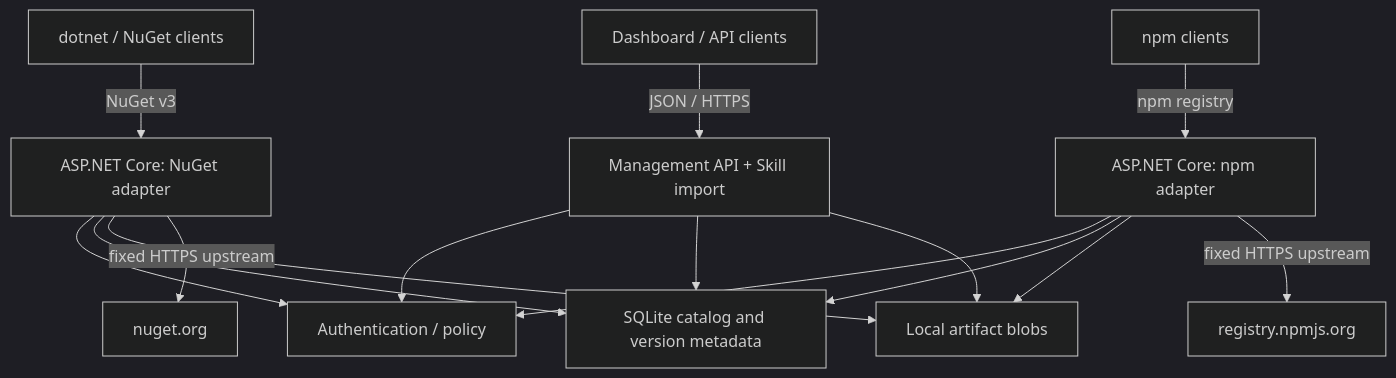
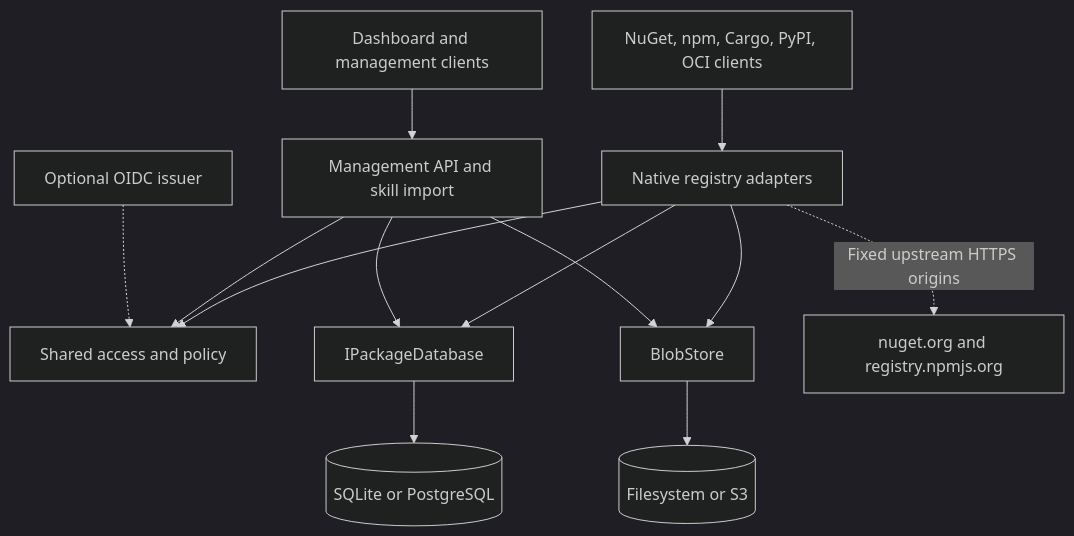
One commit to Cenn0/Packory changed the diagram in docs/architecture.md. Above: the diagram before and after it, drawn with Mermaid (dark theme). The commit also changed other lines of this file and 3 other files, not shown here.

````diff
--- a/docs/architecture.md
+++ b/docs/architecture.md
@@ -11,17 +11,15 @@
 ```mermaid
 flowchart TB
-  N[dotnet / NuGet clients] -->|NuGet v3| A[ASP.NET Core: NuGet adapter]
-  J[npm clients] -->|npm registry| B[ASP.NET Core: npm adapter]
-  D[Dashboard / API clients] -->|JSON / HTTPS| C[Management API + Skill import]
-  A --> R[Authentication / policy]
-  B --> R
-  C --> R
-  A --> S[SQLite catalog and version metadata]
-  B --> S
-  C --> S
-  A --> F[Local artifact blobs]
-  B --> F
-  C --> F
-  A -->|fixed HTTPS upstream| NU[nuget.org]
-  B -->|fixed HTTPS upstream| NP[registry.npmjs.org]
+  C[NuGet, npm, Cargo, PyPI, OCI clients] --> A[Native registry adapters]
+  W[Dashboard and management clients] --> M[Management API and skill import]
+  A --> P[Shared access and policy]
+  M --> P
+  I[Optional OIDC issuer] -.-> P
+  A --> D[IPackageDatabase]
+  M --> D
+  D --> DB[(SQLite or PostgreSQL)]
+  A --> S[BlobStore]
+  M --> S
+  S --> B[(Filesystem or S3)]
+  A -.->|Fixed upstream HTTPS origins| U[nuget.org and registry.npmjs.org]
 ```
````
